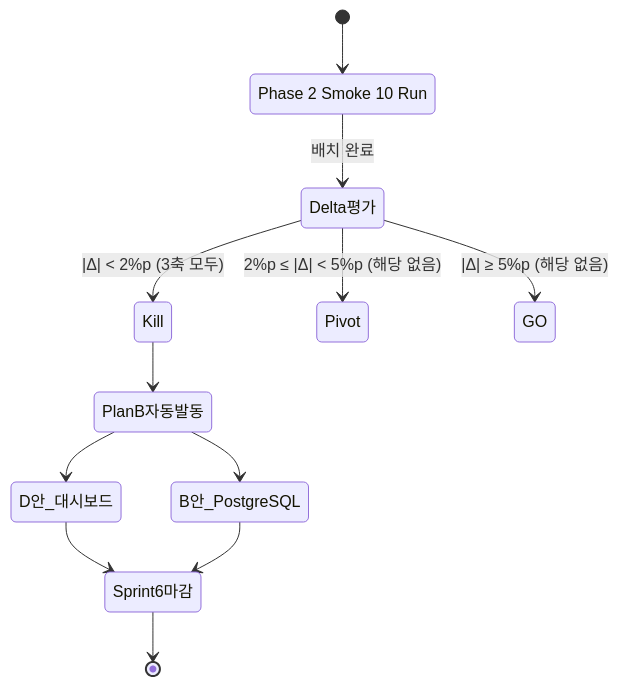
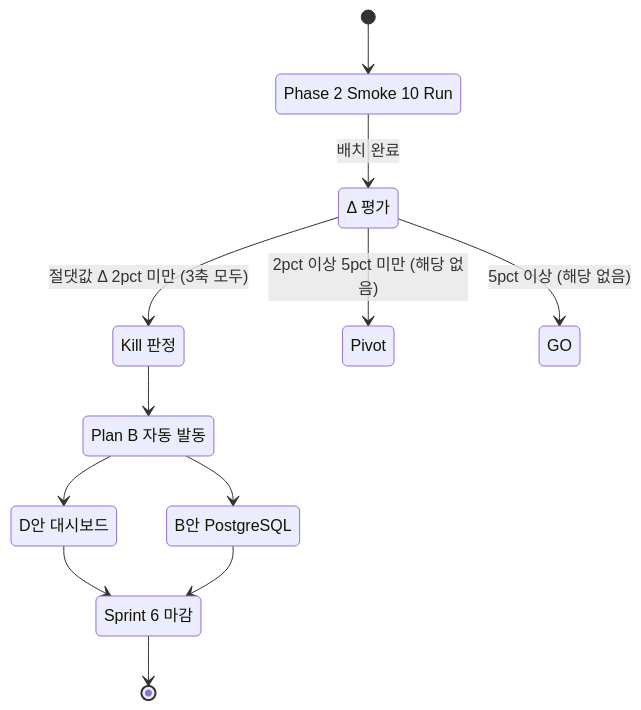
Before and after one commit to k82022603/RummiArena: the fourth of 4 diagrams in docs/04-testing/63-v6-shaper-final-report.md, drawn with Mermaid. The commit also changed other lines of this file, not shown here.

First line of the commit message:
fix(testing): 리포트 63 Mermaid 렌더링 수정

````diff
--- a/docs/04-testing/63-v6-shaper-final-report.md
+++ b/docs/04-testing/63-v6-shaper-final-report.md
@@ -454,15 +454,24 @@
 ```mermaid
 stateDiagram-v2
     [*] --> Phase2Smoke
     Phase2Smoke: Phase 2 Smoke 10 Run
-    Phase2Smoke --> Delta평가: 배치 완료
-    Delta평가 --> Kill: |Δ| < 2%p (3축 모두)
-    Delta평가 --> Pivot: 2%p ≤ |Δ| < 5%p (해당 없음)
-    Delta평가 --> GO: |Δ| ≥ 5%p (해당 없음)
-    Kill --> PlanB자동발동
-    PlanB자동발동 --> D안_대시보드
-    PlanB자동발동 --> B안_PostgreSQL
-    D안_대시보드 --> Sprint6마감
-    B안_PostgreSQL --> Sprint6마감
-    Sprint6마감 --> [*]
+    DeltaEval: Δ 평가
+    Kill: Kill 판정
+    Pivot: Pivot
+    GO: GO
+    PlanB: Plan B 자동 발동
+    DashPlan: D안 대시보드
+    DBPlan: B안 PostgreSQL
+    Sprint6End: Sprint 6 마감
+
+    Phase2Smoke --> DeltaEval: 배치 완료
+    DeltaEval --> Kill: 절댓값 Δ 2pct 미만 (3축 모두)
+    DeltaEval --> Pivot: 2pct 이상 5pct 미만 (해당 없음)
+    DeltaEval --> GO: 5pct 이상 (해당 없음)
+    Kill --> PlanB
+    PlanB --> DashPlan
+    PlanB --> DBPlan
+    DashPlan --> Sprint6End
+    DBPlan --> Sprint6End
+    Sprint6End --> [*]
 ```
````
